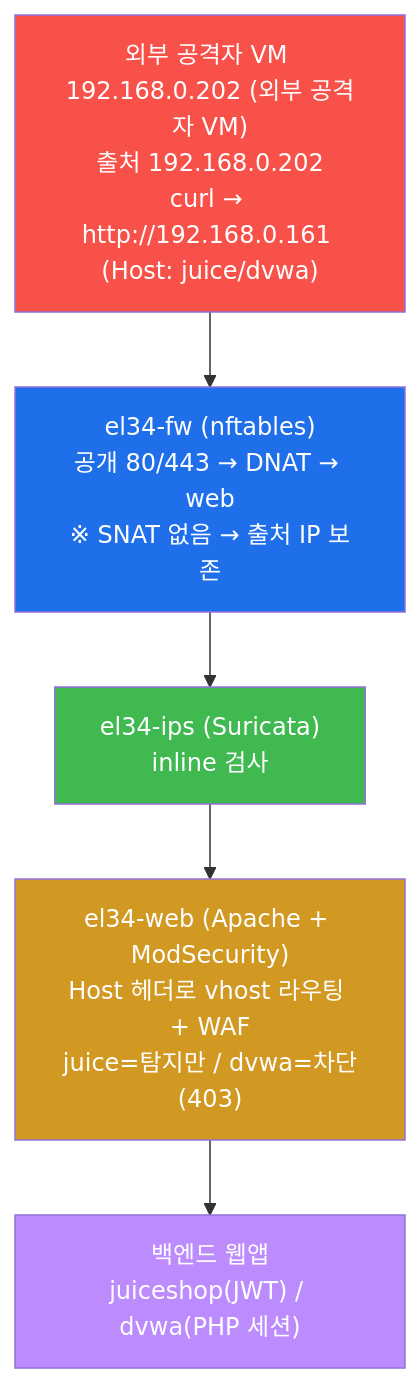
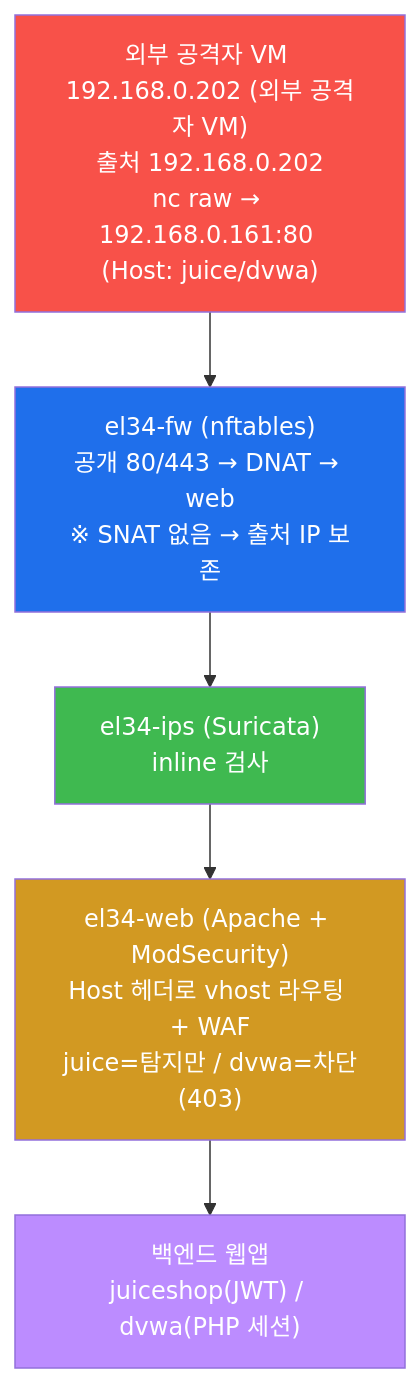
Before and after one commit to mrgrit/tw2: the sixth of 8 diagrams in contents/training/web-vuln/lecture_week04.md, drawn with Mermaid. The commit also changed other lines of this file and 99 other files, not shown here.

````diff
--- a/contents/training/web-vuln/lecture_week04.md
+++ b/contents/training/web-vuln/lecture_week04.md
@@ -408,14 +408,14 @@
 ```mermaid
 graph TD
-    ATK["외부 공격자 VM 192.168.0.202 (외부 공격자 VM)<br/>출처 192.168.0.202<br/>curl → http://192.168.0.161 (Host: juice/dvwa)"]
+    ATK["외부 공격자 VM 192.168.0.202 (외부 공격자 VM)<br/>출처 192.168.0.202<br/>nc raw → 192.168.0.161:80 (Host: juice/dvwa)"]
     FW["el34-fw (nftables)<br/>공개 80/443 → DNAT → web<br/>※ SNAT 없음 → 출처 IP 보존"]
     IPS["el34-ips (Suricata)<br/>inline 검사"]
     WEB["el34-web (Apache + ModSecurity)<br/>Host 헤더로 vhost 라우팅 + WAF<br/>juice=탐지만 / dvwa=차단(403)"]
     APP["백엔드 웹앱<br/>juiceshop(JWT) / dvwa(PHP 세션)"]
     ATK --> FW --> IPS --> WEB --> APP
     style ATK fill:#f85149,color:#fff
     style FW fill:#1f6feb,color:#fff
     style IPS fill:#3fb950,color:#fff
     style WEB fill:#d29922,color:#fff
     style APP fill:#bc8cff,color:#fff
 ```
````
